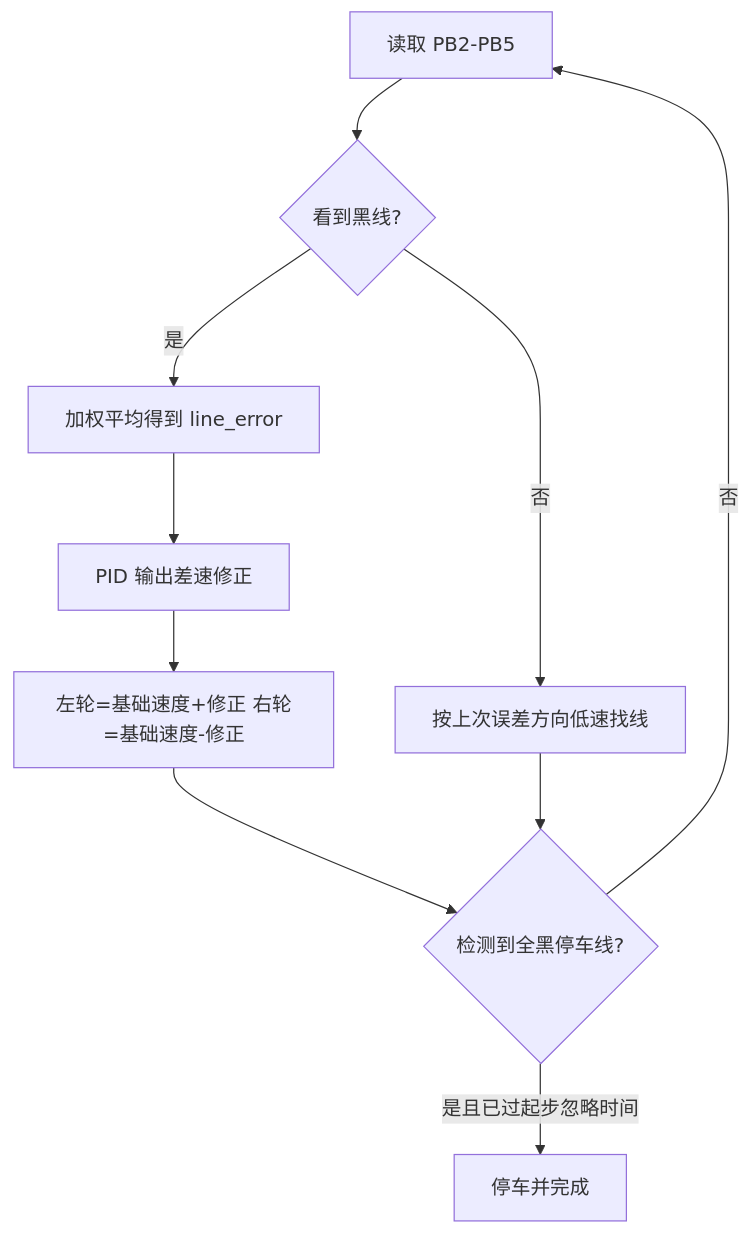
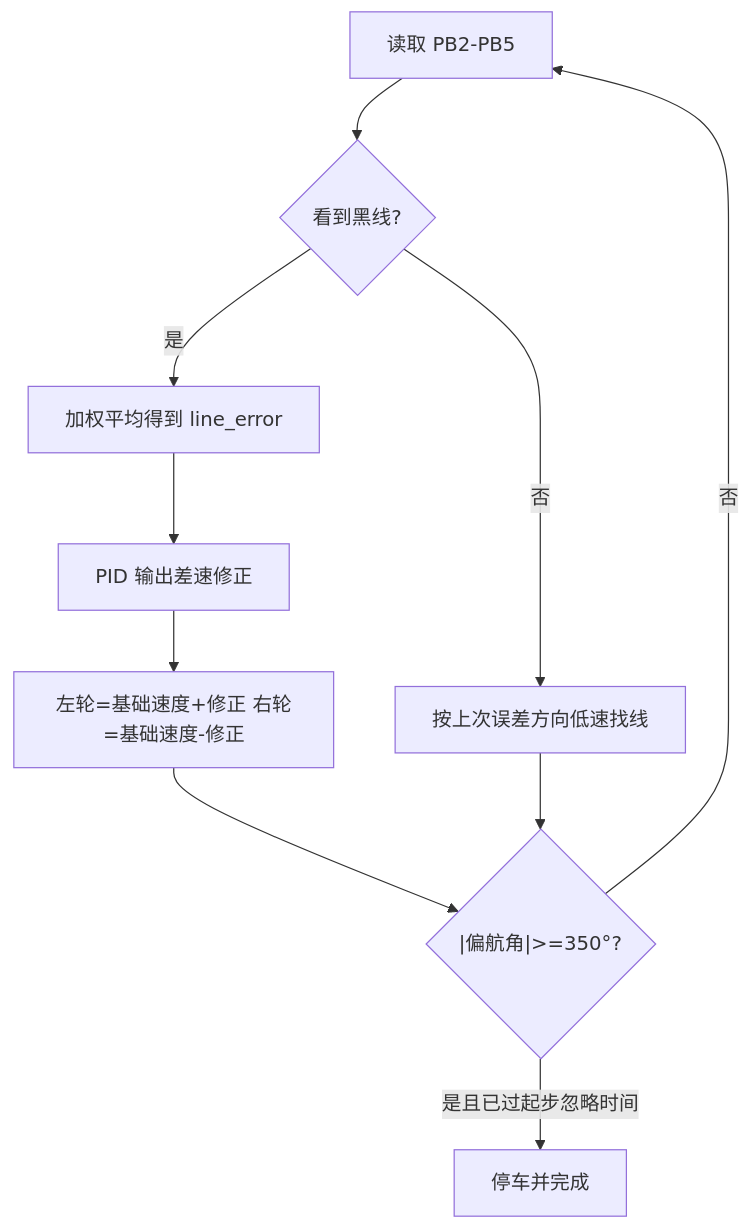
The second of 3 diagrams in docs/control_flow.md (mayun2021/car_match), drawn with Mermaid before and after one commit. The commit also changed other lines of this file and 8 other files, not shown here.

````diff
--- a/docs/control_flow.md
+++ b/docs/control_flow.md
@@ -20,12 +20,12 @@
 ```mermaid
 flowchart TD
     A["读取 PB2-PB5"] --> B{"看到黑线?"}
     B -->|"是"| C["加权平均得到 line_error"]
     C --> D["PID 输出差速修正"]
     D --> E["左轮=基础速度+修正 右轮=基础速度-修正"]
     B -->|"否"| F["按上次误差方向低速找线"]
-    E --> G{"检测到全黑停车线?"}
+    E --> G{"|偏航角|>=350°?"}
     F --> G
     G -->|"是且已过起步忽略时间"| H["停车并完成"]
     G -->|"否"| A
 ```
````
